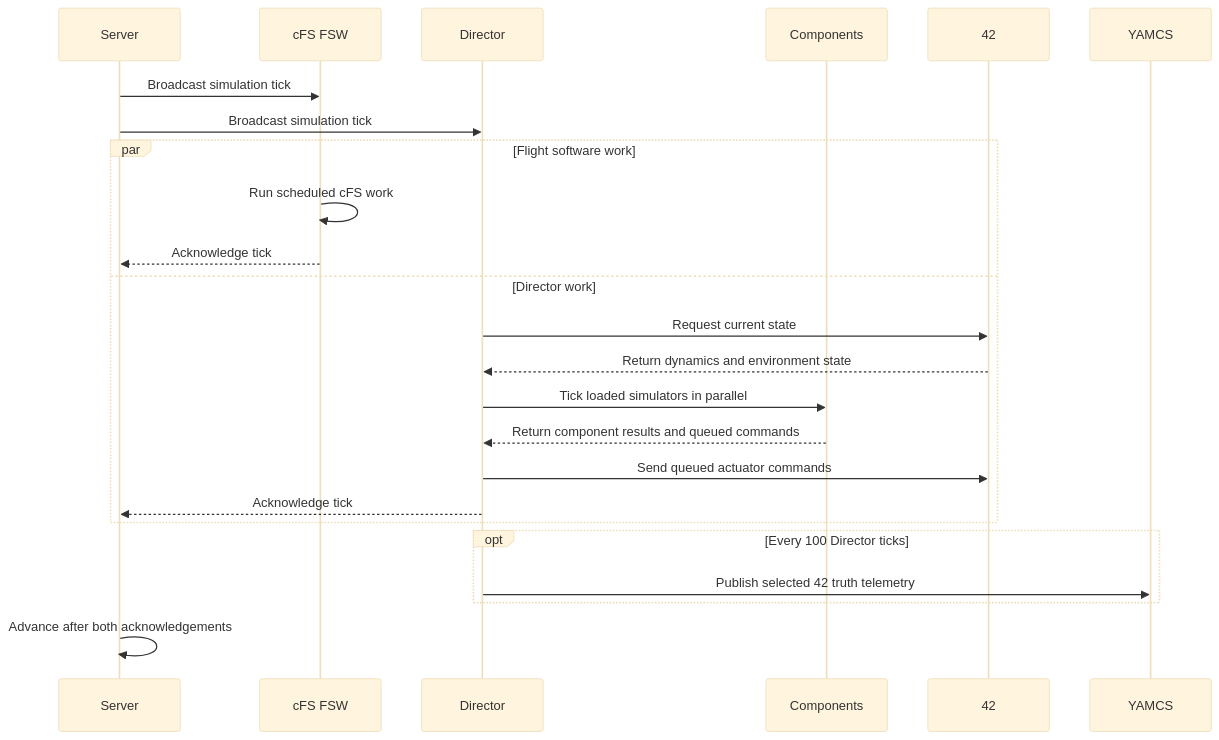
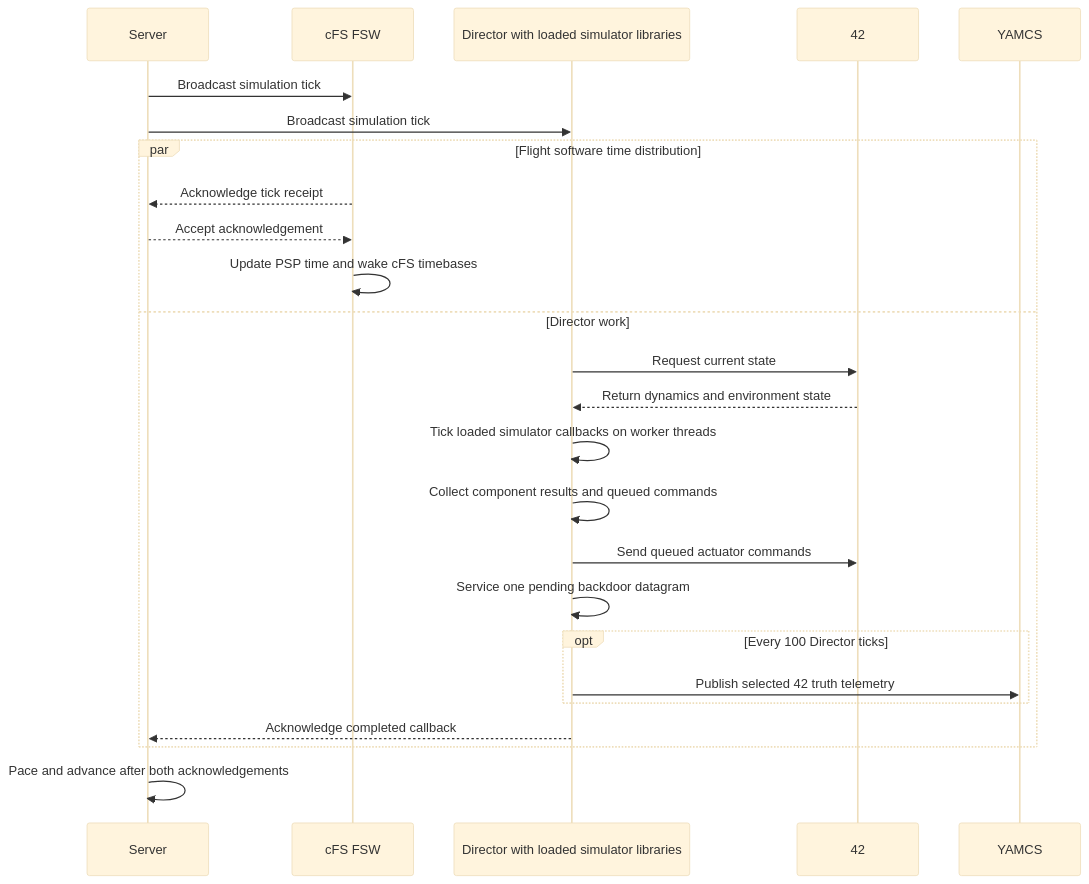
The seventh of 8 diagrams in atlas/docs/manual/core-concepts/architecture.md (VoyagerTechnologies-Public/shire), drawn with Mermaid (base theme) before and after one commit. The commit also changed other lines of this file and 19 other files, not shown here.

````diff
--- a/atlas/docs/manual/core-concepts/architecture.md
+++ b/atlas/docs/manual/core-concepts/architecture.md
@@ -88,27 +166,28 @@
 ```mermaid
 sequenceDiagram
     participant Server
     participant FSW as cFS FSW
-    participant Director
-    participant Components
+    participant Director as Director with loaded simulator libraries
     participant FortyTwo as 42
     participant YAMCS
 
     Server->>FSW: Broadcast simulation tick
     Server->>Director: Broadcast simulation tick
-    par Flight software work
-        FSW->>FSW: Run scheduled cFS work
-        FSW-->>Server: Acknowledge tick
+    par Flight software time distribution
+        FSW-->>Server: Acknowledge tick receipt
+        Server-->>FSW: Accept acknowledgement
+        FSW->>FSW: Update PSP time and wake cFS timebases
     and Director work
         Director->>FortyTwo: Request current state
         FortyTwo-->>Director: Return dynamics and environment state
-        Director->>Components: Tick loaded simulators in parallel
-        Components-->>Director: Return component results and queued commands
+        Director->>Director: Tick loaded simulator callbacks on worker threads
+        Director->>Director: Collect component results and queued commands
         Director->>FortyTwo: Send queued actuator commands
-        Director-->>Server: Acknowledge tick
+        Director->>Director: Service one pending backdoor datagram
+        opt Every 100 Director ticks
+            Director->>YAMCS: Publish selected 42 truth telemetry
+        end
+        Director-->>Server: Acknowledge completed callback
     end
-    opt Every 100 Director ticks
-        Director->>YAMCS: Publish selected 42 truth telemetry
-    end
-    Server->>Server: Advance after both acknowledgements
+    Server->>Server: Pace and advance after both acknowledgements
 ```
````
